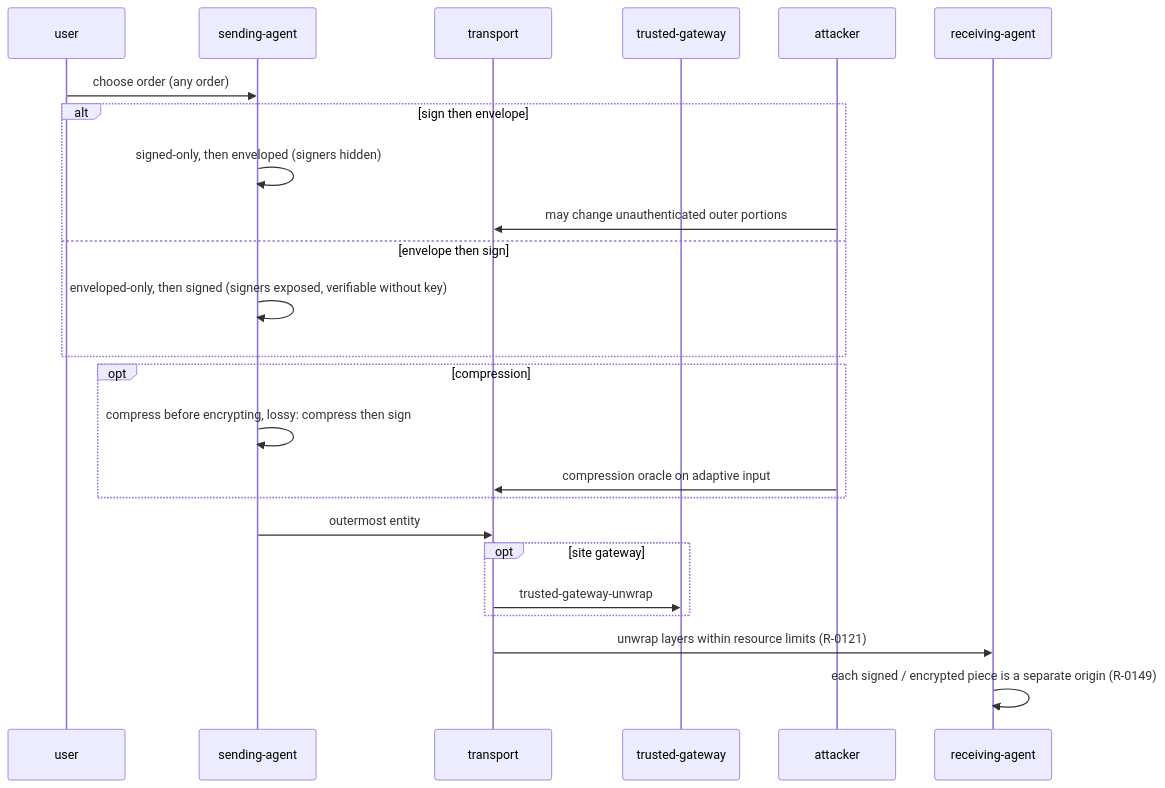
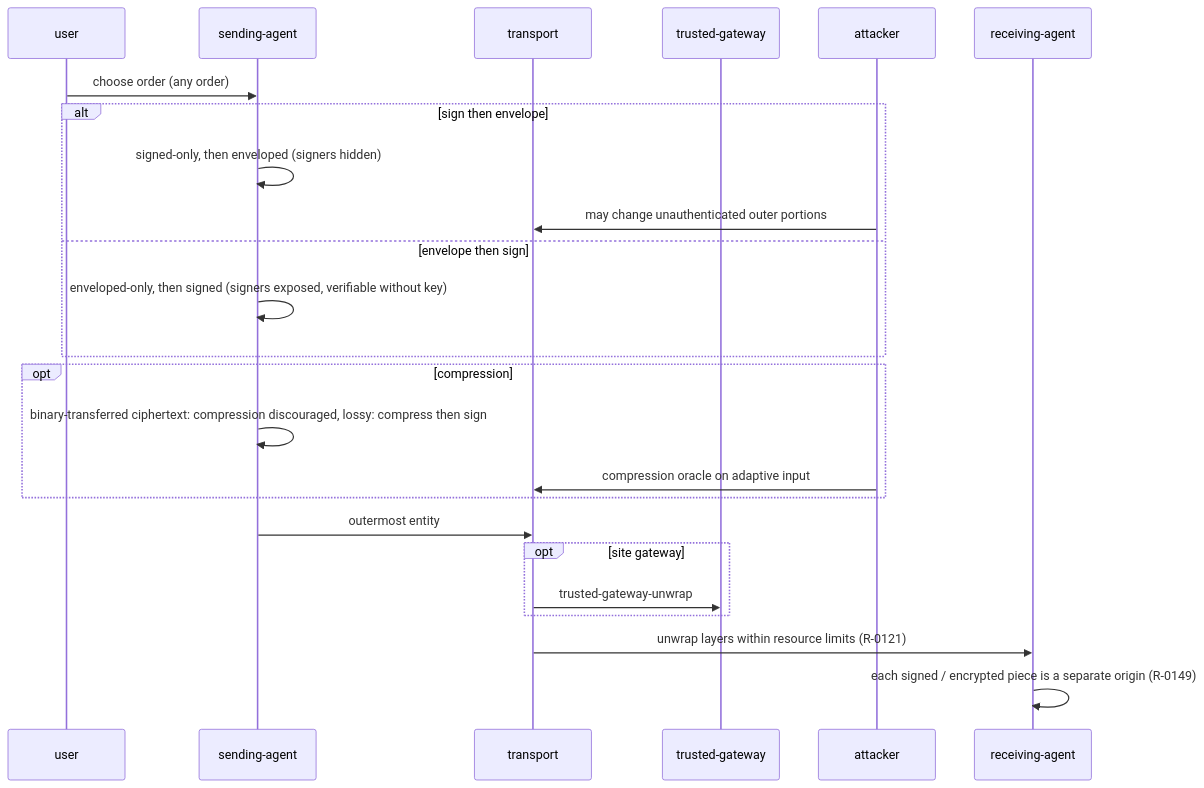
Before and after one commit to m-of-n/library: diagram 12 of 28 in records/ietf/rfc-8551/distilled/protocol.md, drawn with Mermaid. The commit also changed other lines of this file and 12 other files, not shown here.

````diff
--- a/records/ietf/rfc-8551/distilled/protocol.md
+++ b/records/ietf/rfc-8551/distilled/protocol.md
@@ -300,26 +301,26 @@
 ```mermaid
 sequenceDiagram
   participant U as user
   participant SA as sending-agent
   participant T as transport
   participant TG as trusted-gateway
   participant X as attacker
   participant RA as receiving-agent
   U->>SA: choose order (any order)
   alt sign then envelope
     SA->>SA: signed-only, then enveloped (signers hidden)
     X->>T: may change unauthenticated outer portions
   else envelope then sign
     SA->>SA: enveloped-only, then signed (signers exposed, verifiable without key)
   end
   opt compression
-    SA->>SA: compress before encrypting, lossy: compress then sign
+    SA->>SA: binary-transferred ciphertext: compression discouraged, lossy: compress then sign
     X->>T: compression oracle on adaptive input
   end
   SA->>T: outermost entity
   opt site gateway
     T->>TG: trusted-gateway-unwrap
   end
   T->>RA: unwrap layers within resource limits (R-0121)
   RA->>RA: each signed / encrypted piece is a separate origin (R-0149)
 ```
````
